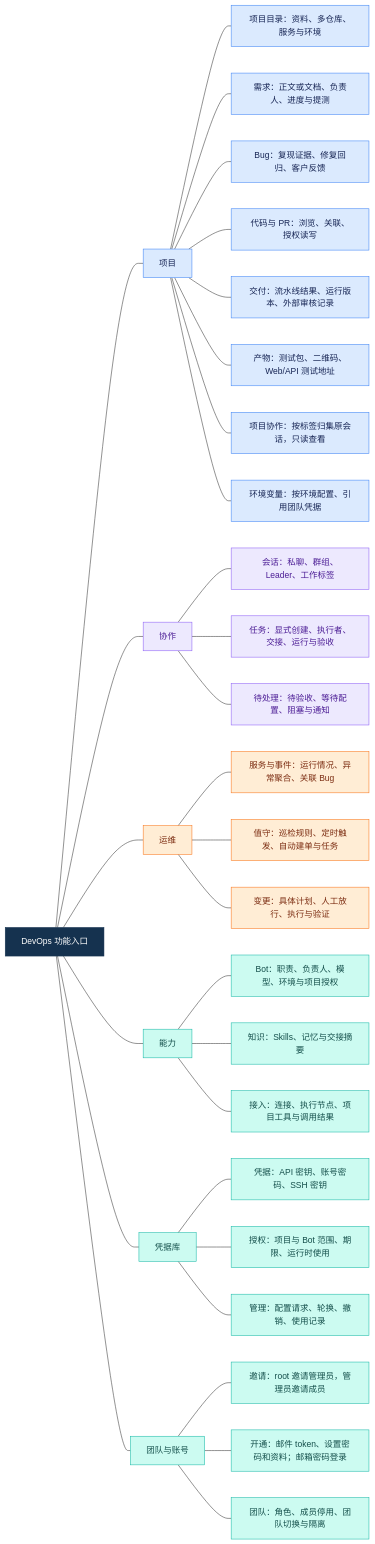
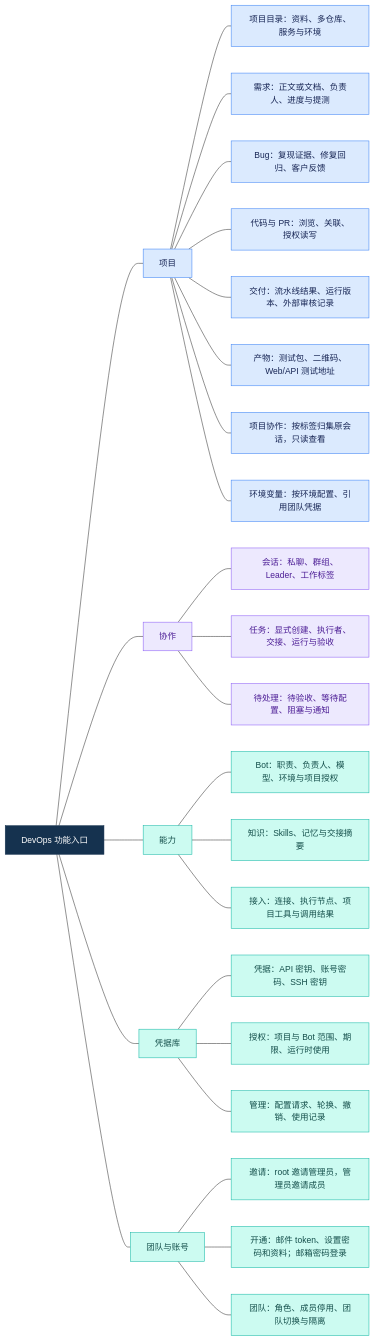
The second of 3 diagrams in docs/prd/project-maps.md (aiShuiJiaoDeXioShou/dev-ops), drawn with Mermaid before and after one commit. The commit also changed other lines of this file and 42 other files, not shown here.

````diff
--- a/docs/prd/project-maps.md
+++ b/docs/prd/project-maps.md
@@ -55,50 +52,44 @@
 ```mermaid
 flowchart LR
     app["DevOps 功能入口"]
     app --- projects["项目"]
     app --- chats["协作"]
-    app --- operations["运维"]
     app --- capabilities["能力"]
     app --- vault["凭据库"]
     app --- accounts["团队与账号"]
 
     projects --- projectInfo["项目目录：资料、多仓库、服务与环境"]
     projects --- requirements["需求：正文或文档、负责人、进度与提测"]
     projects --- bugs["Bug：复现证据、修复回归、客户反馈"]
     projects --- code["代码与 PR：浏览、关联、授权读写"]
     projects --- delivery["交付：流水线结果、运行版本、外部审核记录"]
     projects --- artifacts["产物：测试包、二维码、Web/API 测试地址"]
     projects --- projectChats["项目协作：按标签归集原会话，只读查看"]
     projects --- variables["环境变量：按环境配置、引用团队凭据"]
 
     chats --- conversations["会话：私聊、群组、Leader、工作标签"]
     chats --- tasks["任务：显式创建、执行者、交接、运行与验收"]
     chats --- inbox["待处理：待验收、等待配置、阻塞与通知"]
 
-    operations --- events["服务与事件：运行情况、异常聚合、关联 Bug"]
-    operations --- duty["值守：巡检规则、定时触发、自动建单与任务"]
-    operations --- changes["变更：具体计划、人工放行、执行与验证"]
 
     capabilities --- bots["Bot：职责、负责人、模型、环境与项目授权"]
     capabilities --- knowledge["知识：Skills、记忆与交接摘要"]
     capabilities --- connectors["接入：连接、执行节点、项目工具与调用结果"]
 
     vault --- secrets["凭据：API 密钥、账号密码、SSH 密钥"]
     vault --- grants["授权：项目与 Bot 范围、期限、运行时使用"]
     vault --- configuration["管理：配置请求、轮换、撤销、使用记录"]
 
     accounts --- invitations["邀请：root 邀请管理员，管理员邀请成员"]
     accounts --- login["开通：邮件 token、设置密码和资料；邮箱密码登录"]
     accounts --- members["团队：角色、成员停用、团队切换与隔离"]
 
     classDef root fill:#15324F,color:#FFFFFF,stroke:#15324F
     classDef research fill:#DBEAFE,color:#172554,stroke:#3B82F6
     classDef collaboration fill:#EDE9FE,color:#4C1D95,stroke:#8B5CF6
-    classDef operation fill:#FFEDD5,color:#7C2D12,stroke:#F97316
     classDef foundation fill:#CCFBF1,color:#134E4A,stroke:#14B8A6
     class app root
     class projects,projectInfo,requirements,bugs,code,delivery,artifacts,projectChats,variables research
     class chats,conversations,tasks,inbox collaboration
-    class operations,events,duty,changes operation
     class capabilities,bots,knowledge,connectors,vault,secrets,grants,configuration,accounts,invitations,login,members foundation
 ```
````
